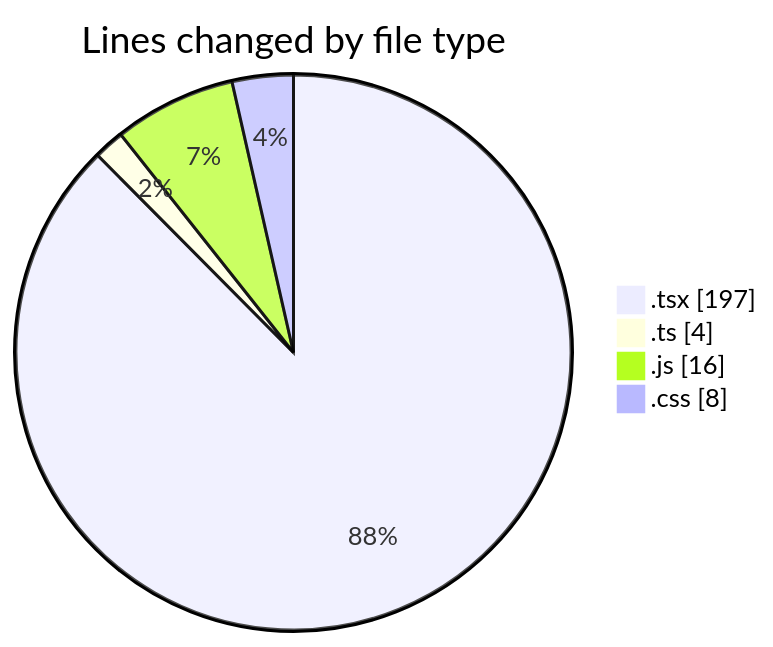
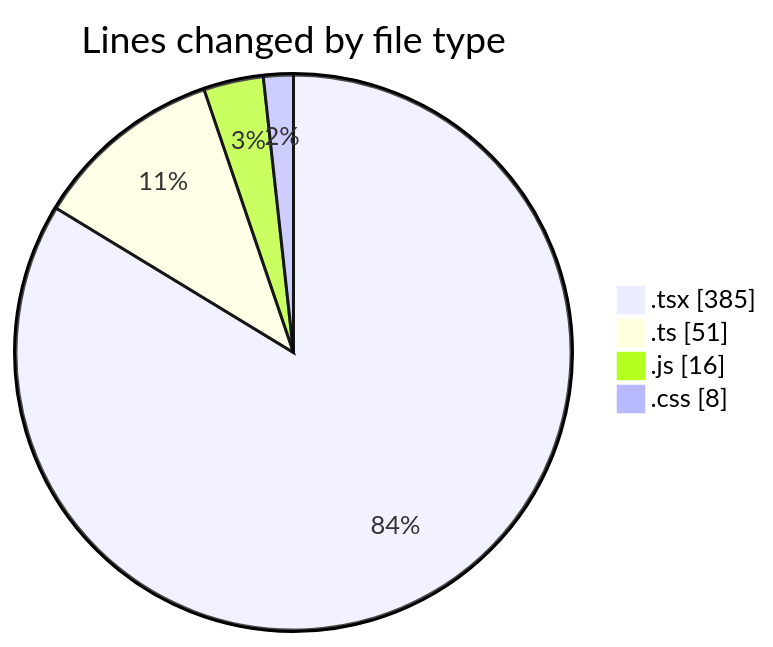
Before and after one commit to robertbonfada/code-tracking: the first of 2 diagrams in 2025-01-17/mbc-web/README.md, drawn with Mermaid. The commit also changed other lines of this file and 1 other file, not shown here.

````diff
--- a/2025-01-17/mbc-web/README.md
+++ b/2025-01-17/mbc-web/README.md
@@ -25,8 +30,8 @@
 ```mermaid
 pie showData
 title Lines changed by file type
-".tsx" : 197
-".ts" : 4
+".tsx" : 385
+".ts" : 51
 ".js" : 16
 ".css" : 8
 ```
````
